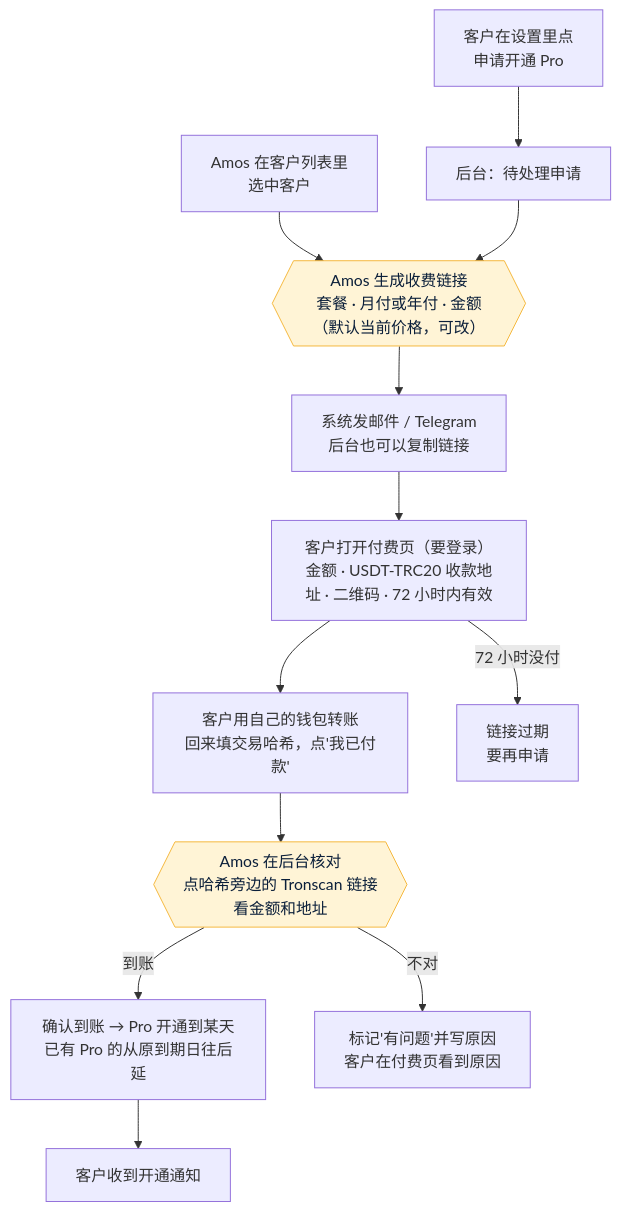
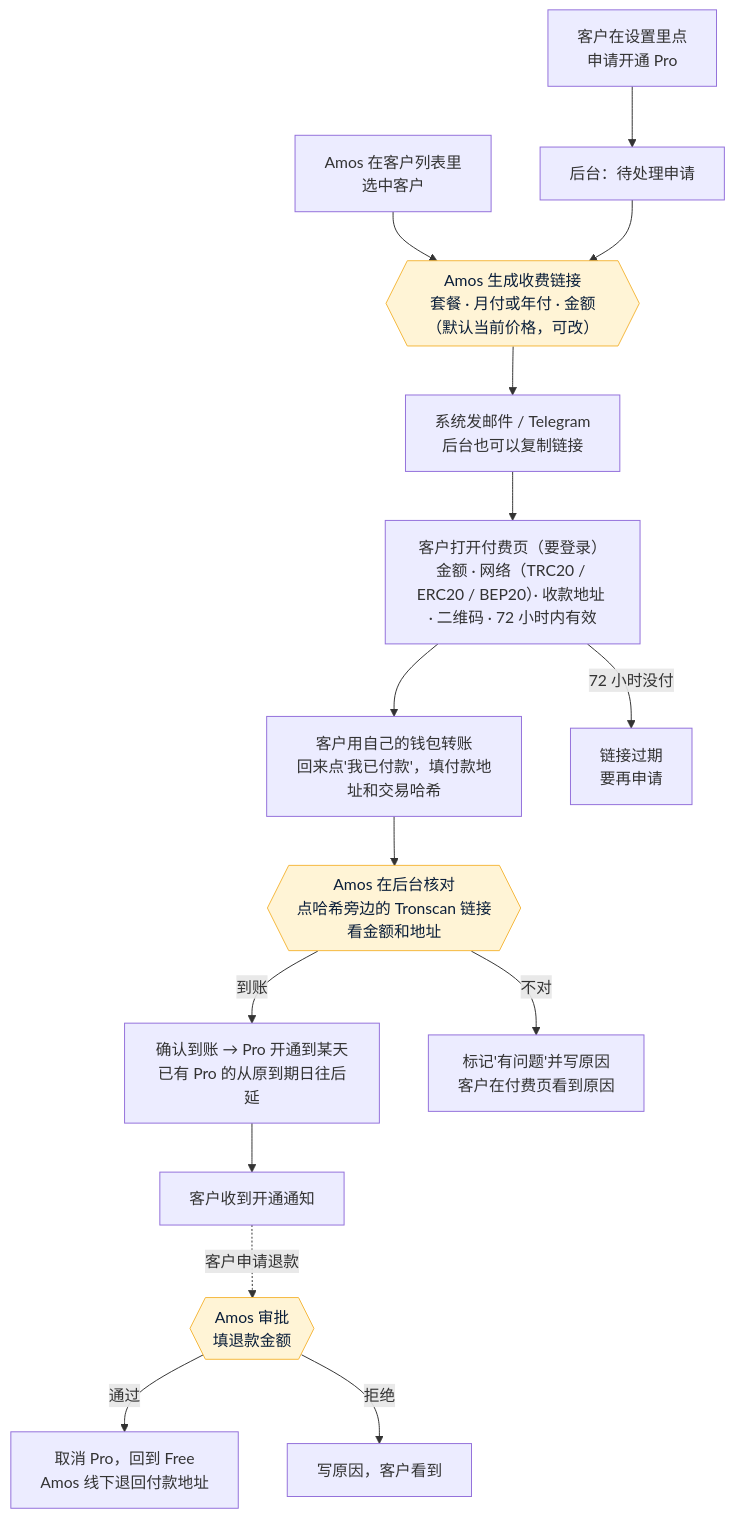
One commit to dollar3651314/trading-journal changed the fifth of 6 diagrams in 需求文档/v1-需求说明书.md. Above: the diagram before and after it, drawn with Mermaid. The commit also changed other lines of this file and 24 other files, not shown here.

````diff
--- a/需求文档/v1-需求说明书.md
+++ b/需求文档/v1-需求说明书.md
@@ -198,17 +198,20 @@
 ```mermaid
 flowchart TD
     A1["客户在设置里点<br/>申请开通 Pro"] --> Q["后台：待处理申请"]
     A2["Amos 在客户列表里<br/>选中客户"] --> L
     Q --> L{{"Amos 生成收费链接<br/>套餐 · 月付或年付 · 金额（默认当前价格，可改）"}}
     L --> S["系统发邮件 / Telegram<br/>后台也可以复制链接"]
-    S --> PAY["客户打开付费页（要登录）<br/>金额 · USDT-TRC20 收款地址 · 二维码 · 72 小时内有效"]
-    PAY --> TX["客户用自己的钱包转账<br/>回来填交易哈希，点'我已付款'"]
+    S --> PAY["客户打开付费页（要登录）<br/>金额 · 网络（TRC20 / ERC20 / BEP20）· 收款地址 · 二维码 · 72 小时内有效"]
+    PAY --> TX["客户用自己的钱包转账<br/>回来点'我已付款'，填付款地址和交易哈希"]
     TX --> CHK{{"Amos 在后台核对<br/>点哈希旁边的 Tronscan 链接看金额和地址"}}
     CHK -->|到账| OK["确认到账 → Pro 开通到某天<br/>已有 Pro 的从原到期日往后延"]
     CHK -->|不对| NO["标记'有问题'并写原因<br/>客户在付费页看到原因"]
     OK --> N["客户收到开通通知"]
+    N -.->|"客户申请退款"| RF{{"Amos 审批<br/>填退款金额"}}
+    RF -->|通过| RV["取消 Pro，回到 Free<br/>Amos 线下退回付款地址"]
+    RF -->|拒绝| RJ["写原因，客户看到"]
     PAY -->|72 小时没付| EXP["链接过期<br/>要再申请"]
 
     classDef amos fill:#FFF4D6,stroke:#F5B83D,color:#0B1F3A
-    class L,CHK amos
+    class L,CHK,RF amos
 ```
````
